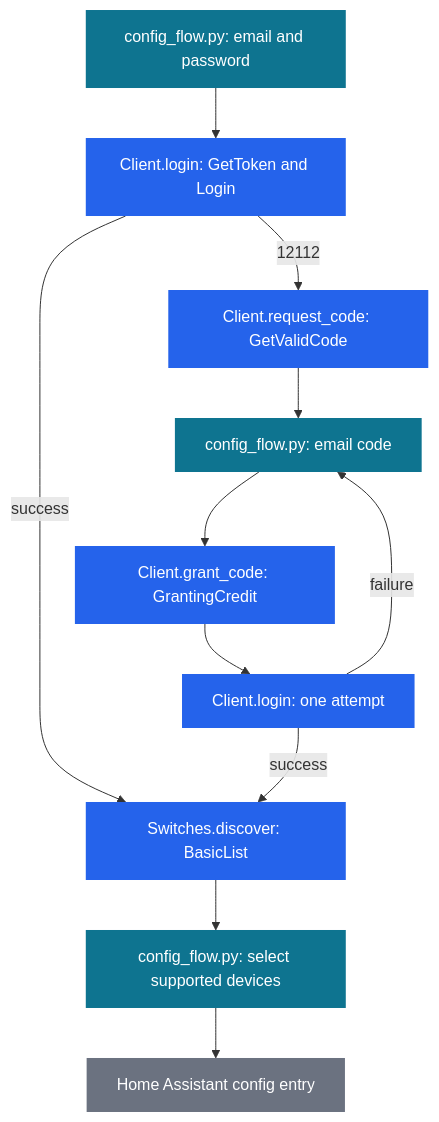
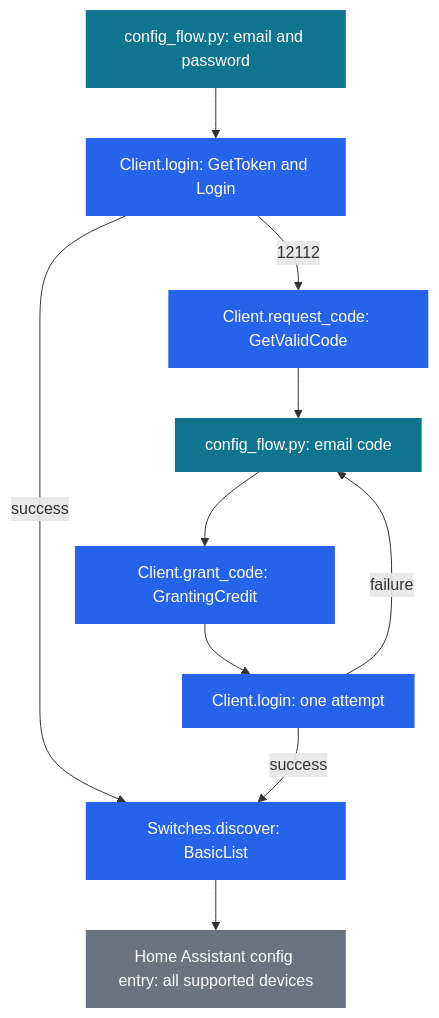
The first of 2 diagrams in docs/protocol.md (FidelisClayton/ha-intelbras-mibo), drawn with Mermaid before and after one commit. The commit also changed other lines of this file and 15 other files, not shown here.

````diff
--- a/docs/protocol.md
+++ b/docs/protocol.md
@@ -39,19 +39,18 @@
 ```mermaid
 flowchart TB
   CF[config_flow.py: email and password] --> L[Client.login: GetToken and Login]
   L -->|success| D[Switches.discover: BasicList]
   L -->|12112| C[Client.request_code: GetValidCode]
   C --> F[config_flow.py: email code]
   F --> G[Client.grant_code: GrantingCredit]
   G --> A[Client.login: one attempt]
   A -->|success| D
   A -->|failure| F
-  D --> S[config_flow.py: select supported devices]
-  S --> E[Home Assistant config entry]
-  class CF,F,S frontend
+  D --> E[Home Assistant config entry: all supported devices]
+  class CF,F frontend
   class L,C,G,A,D controller
   class E store
   classDef controller fill:#2563eb,color:#fff,stroke:none
   classDef frontend fill:#0e7490,color:#fff,stroke:none
   classDef store fill:#6b7280,color:#fff,stroke:none
 ```
````
